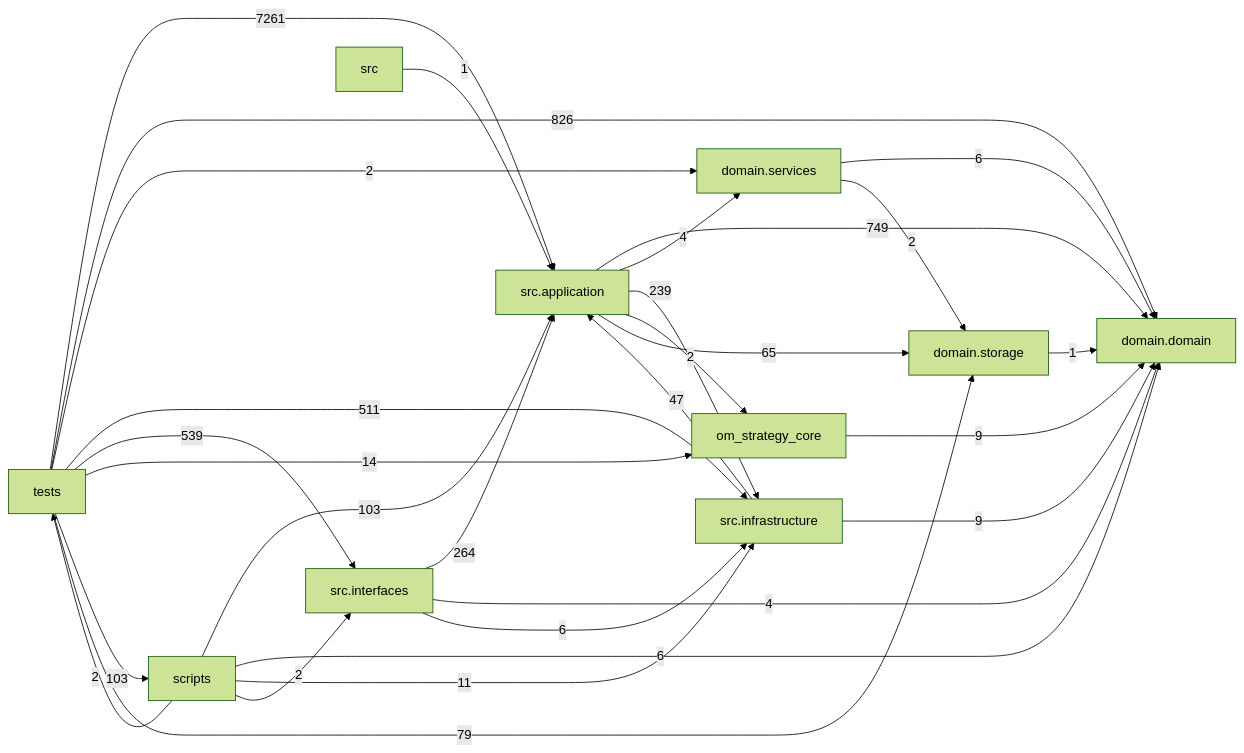
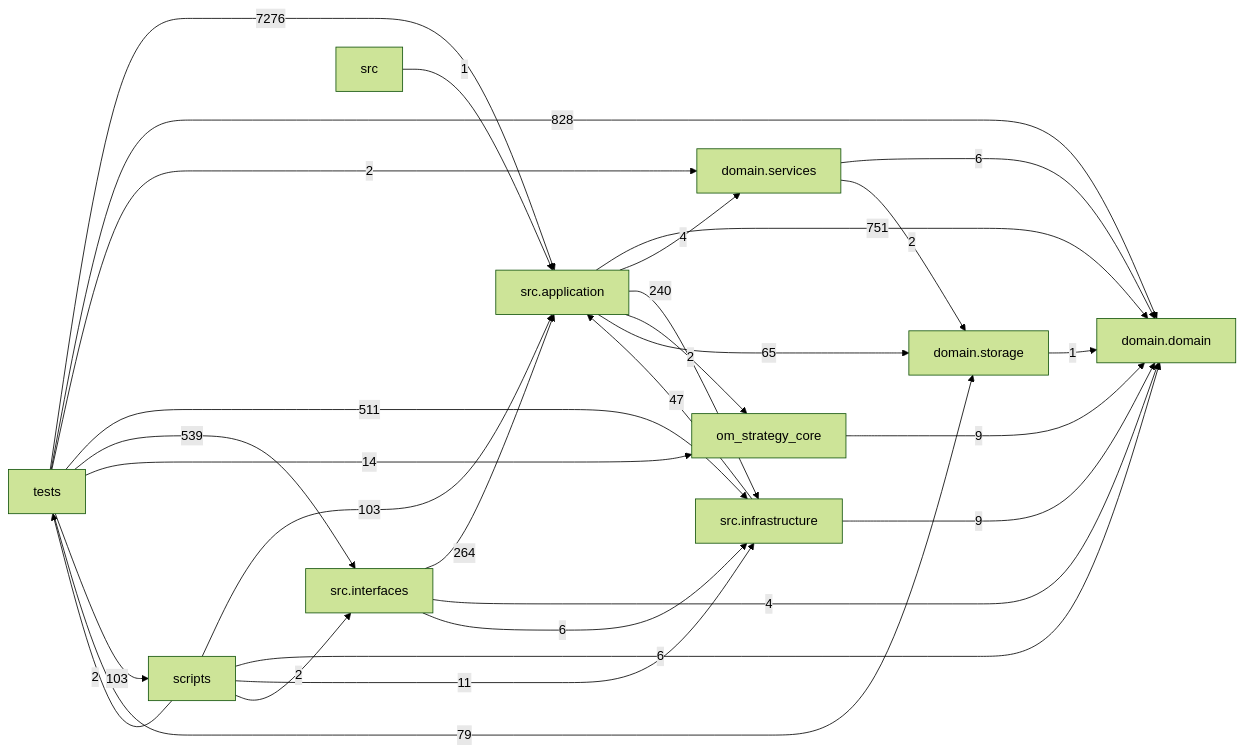
The diagram in docs/DEPENDENCY_GRAPH.md (liuxie066/options-monitor), drawn with Mermaid (forest theme) before and after one commit. The commit also changed other lines of this file and 16 other files, not shown here.

````diff
--- a/docs/DEPENDENCY_GRAPH.md
+++ b/docs/DEPENDENCY_GRAPH.md
@@ -24,39 +24,39 @@
 ```mermaid
 flowchart LR
   tests["tests"]
   scripts["scripts"]
   interfaces["src.interfaces"]
   application["src.application"]
   infrastructure["src.infrastructure"]
   domain_services["domain.services"]
   domain["domain.domain"]
   storage["domain.storage"]
-  application -->|749| domain
+  application -->|751| domain
   application -->|4| domain_services
-  application -->|239| infrastructure
+  application -->|240| infrastructure
   application -->|2| om_strategy_core
   application -->|65| storage
   domain_services -->|6| domain
   domain_services -->|2| storage
   infrastructure -->|47| application
   infrastructure -->|9| domain
   interfaces -->|264| application
   interfaces -->|4| domain
   interfaces -->|6| infrastructure
   om_strategy_core -->|9| domain
   scripts -->|103| application
   scripts -->|6| domain
   scripts -->|11| infrastructure
   scripts -->|2| interfaces
   scripts -->|2| tests
   src -->|1| application
   storage -->|1| domain
-  tests -->|7261| application
-  tests -->|826| domain
+  tests -->|7276| application
+  tests -->|828| domain
   tests -->|2| domain_services
   tests -->|511| infrastructure
   tests -->|539| interfaces
   tests -->|14| om_strategy_core
   tests -->|103| scripts
   tests -->|79| storage
 ```
````
